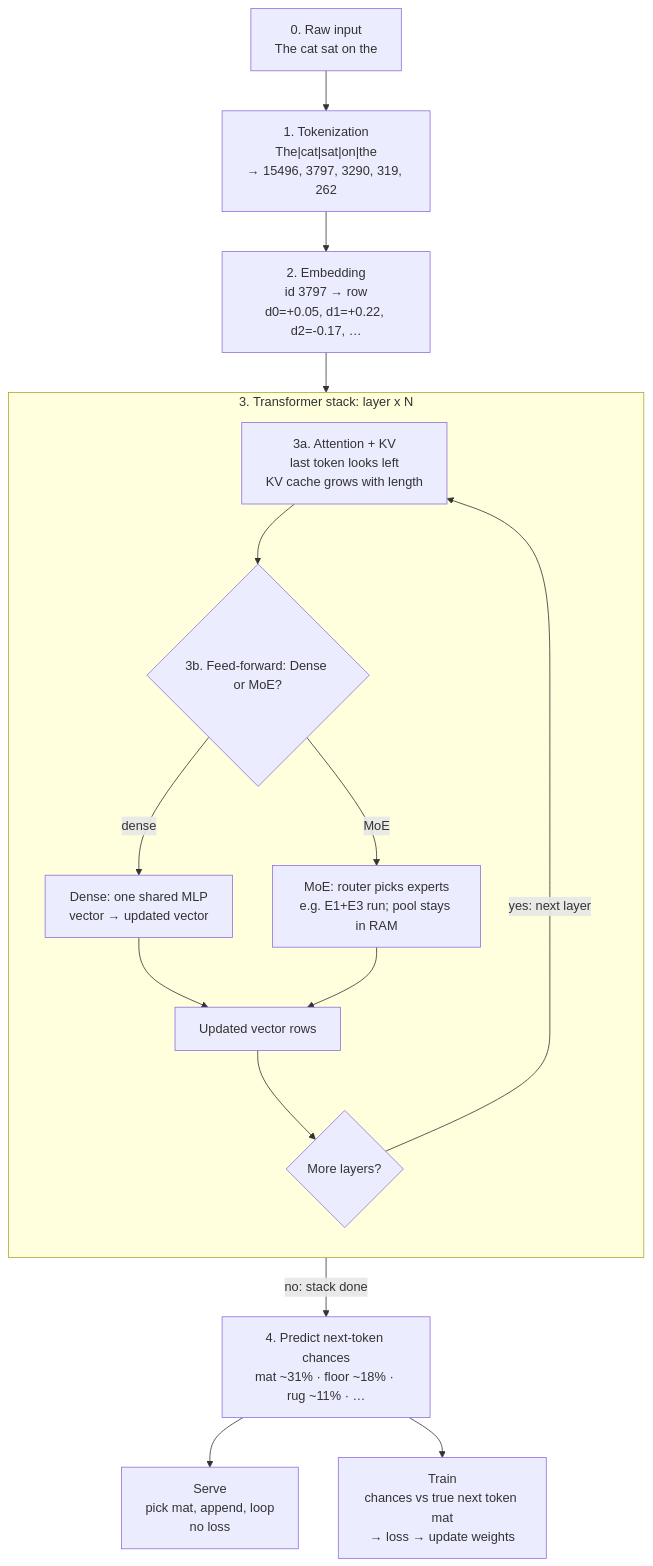
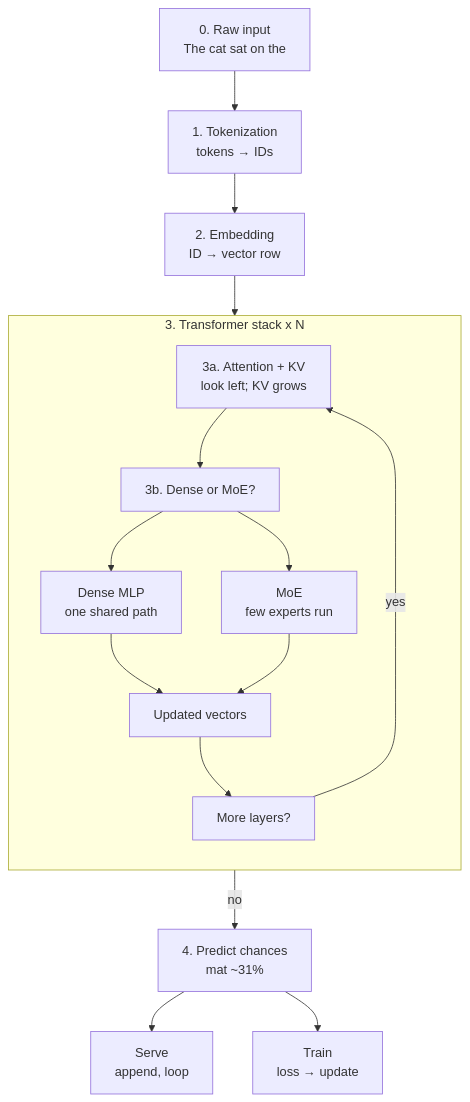
Before and after one commit to Vince-0/AI_Theory: the second of 2 diagrams in README.md, drawn with Mermaid. The commit also changed other lines of this file and 1 other file, not shown here.

Commit message:
Add sequence-of-rows figure; shorten Mermaid labels to avoid clipping.

````diff
--- a/README.md
+++ b/README.md
@@ -82,45 +72,33 @@
 ```mermaid
 flowchart TD
-  s0["0. Raw input
-The cat sat on the"]
-  s1["1. Tokenization
-The|cat|sat|on|the
-→ 15496, 3797, 3290, 319, 262"]
-  s2["2. Embedding
-id 3797 → row
-d0=+0.05, d1=+0.22, d2=-0.17, …"]
+  s0["0. Raw input<br/>The cat sat on the"]
+  s1["1. Tokenization<br/>tokens → IDs"]
+  s2["2. Embedding<br/>ID → vector row"]
 
-  subgraph s3 ["3. Transformer stack: layer x N"]
+  subgraph s3 ["3. Transformer stack x N"]
     direction TB
-    s3a["3a. Attention + KV
-last token looks left
-KV cache grows with length"]
-    s3b{"3b. Feed-forward: Dense or MoE?"}
-    dense["Dense: one shared MLP
-vector → updated vector"]
-    moe["MoE: router picks experts
-e.g. E1+E3 run; pool stays in RAM"]
-    updated["Updated vector rows"]
-    more{"More layers?"}
+    s3a["3a. Attention + KV<br/>look left; KV grows"]
+    s3b["3b. Dense or MoE?"]
+    dense["Dense MLP<br/>one shared path"]
+    moe["MoE<br/>few experts run"]
+    updated["Updated vectors"]
+    more["More layers?"]
 
     s3a --> s3b
-    s3b -->|dense| dense --> updated
-    s3b -->|MoE| moe --> updated
+    s3b --> dense
+    s3b --> moe
+    dense --> updated
+    moe --> updated
     updated --> more
-    more -->|"yes: next layer"| s3a
+    more -->|"yes"| s3a
   end
 
-  s4["4. Predict next-token chances
-mat ~31% · floor ~18% · rug ~11% · …"]
-  serve["Serve
-pick mat, append, loop
-no loss"]
-  train["Train
-chances vs true next token mat
-→ loss → update weights"]
+  s4["4. Predict chances<br/>mat ~31%"]
+  serve["Serve<br/>append, loop"]
+  train["Train<br/>loss → update"]
 
   s0 --> s1 --> s2 --> s3a
-  more -->|"no: stack done"| s4
+  more -->|"no"| s4
   s4 --> serve
   s4 --> train
 ```
````
